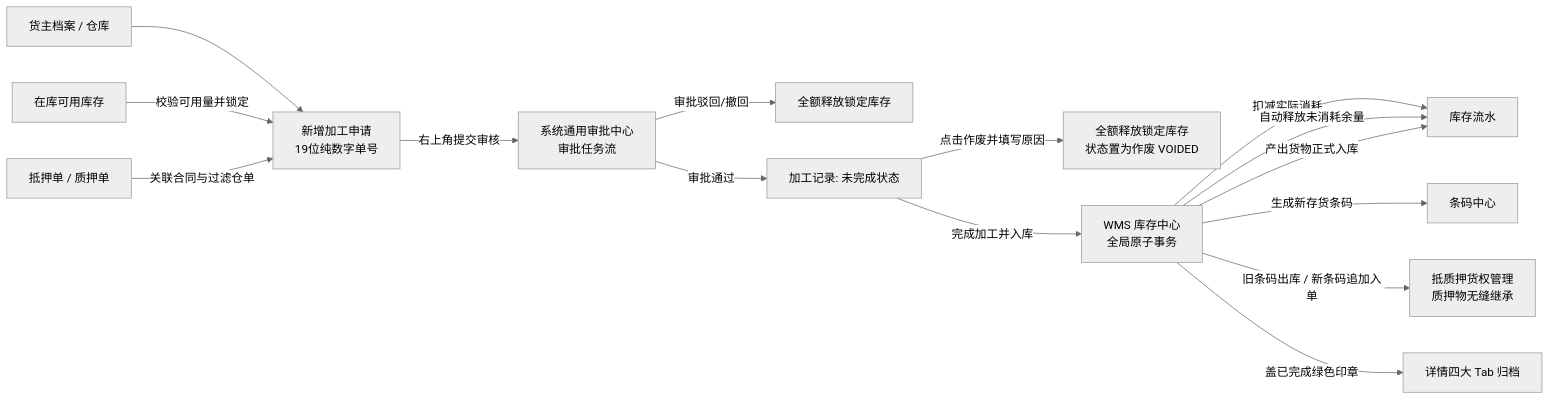
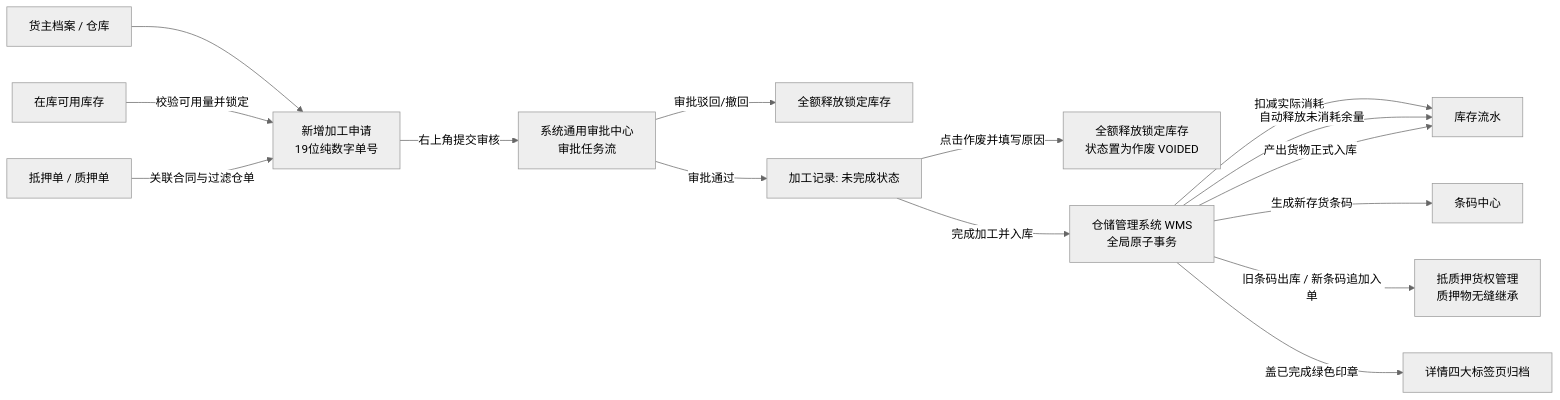
Before and after one commit to RobertHuang999/SYZC: the diagram in 02-PRD文档/🌟🌟🌟-最新基准版/B端PC/02-仓储/14-加工管理-加工记录/加工管理主PRD.md, drawn with Mermaid (neutral theme). The commit also changed other lines of this file and 264 other files, not shown here.

````diff
--- a/02-PRD文档/🌟🌟🌟-最新基准版/B端PC/02-仓储/14-加工管理-加工记录/加工管理主PRD.md
+++ b/02-PRD文档/🌟🌟🌟-最新基准版/B端PC/02-仓储/14-加工管理-加工记录/加工管理主PRD.md
@@ -33,17 +33,17 @@
 ```mermaid
 flowchart LR
     A[货主档案 / 仓库] --> D[新增加工申请<br/>19位纯数字单号]
     B[在库可用库存] -->|校验可用量并锁定| D
     C[抵押单 / 质押单] -->|关联合同与过滤仓单| D
     D -->|右上角提交审核| SP[系统通用审批中心<br/>审批任务流]
     SP -->|审批驳回/撤回| K1[全额释放锁定库存]
     SP -->|审批通过| E[加工记录: 未完成状态]
     E -->|点击作废并填写原因| K2[全额释放锁定库存<br/>状态置为作废 VOIDED]
-    E -->|完成加工并入库| F[WMS 库存中心<br/>全局原子事务]
+    E -->|完成加工并入库| F[仓储管理系统 WMS<br/>全局原子事务]
     F -->|扣减实际消耗| G[库存流水]
     F -->|自动释放未消耗余量| G
     F -->|产出货物正式入库| G
     F -->|生成新存货条码| H[条码中心]
     F -->|旧条码出库 / 新条码追加入单| I[抵质押货权管理<br/>质押物无缝继承]
-    F -->|盖已完成绿色印章| J[详情四大 Tab 归档]
+    F -->|盖已完成绿色印章| J[详情四大标签页归档]
 ```
````
